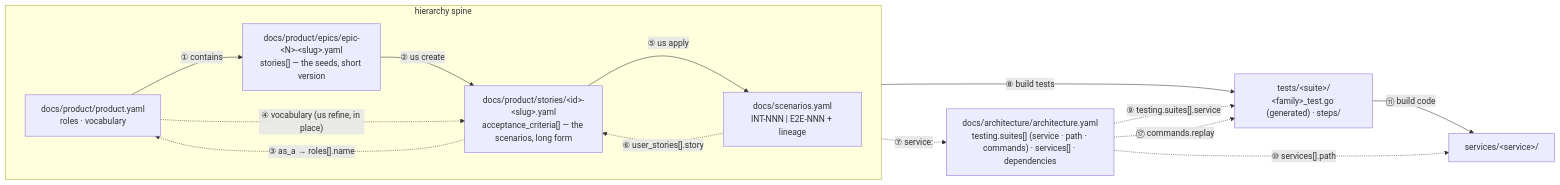
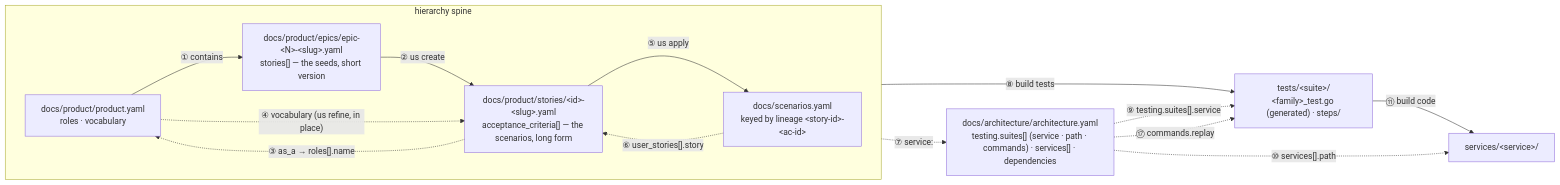
The diagram in docs/doc-universe.md (ondatra-ai/true-bdd), drawn with Mermaid before and after one commit. The commit also changed other lines of this file and 6 other files, not shown here.

First line of the commit message:
docs: the Registry schema and the docs describe a key that is its lineage

````diff
--- a/docs/doc-universe.md
+++ b/docs/doc-universe.md
@@ -87,28 +87,28 @@
 ```mermaid
 flowchart LR
   subgraph spine["hierarchy spine"]
     direction LR
     PRODUCT["docs/product/product.yaml<br/>roles · vocabulary"]
     EPIC["docs/product/epics/epic-&lt;N&gt;-&lt;slug&gt;.yaml<br/>stories[] — the seeds, short version"]
     STORY["docs/product/stories/&lt;id&gt;-&lt;slug&gt;.yaml<br/>acceptance_criteria[] — the scenarios, long form"]
-    REG["docs/scenarios.yaml<br/>INT-NNN | E2E-NNN + lineage"]
+    REG["docs/scenarios.yaml<br/>keyed by lineage &lt;story-id&gt;-&lt;ac-id&gt;"]
     PRODUCT -- "① contains" --> EPIC
     EPIC -- "② us create" --> STORY
     STORY -- "⑤ us apply" --> REG
   end
 
   STORY -. "③ as_a → roles[].name" .-> PRODUCT
   PRODUCT -. "④ vocabulary (us refine, in place)" .-> STORY
   REG -. "⑥ user_stories[].story" .-> STORY
 
   ARCH["docs/architecture/architecture.yaml<br/>testing.suites[] (service · path · commands) · services[] · dependencies"]
   TESTS["tests/&lt;suite&gt;/<br/>&lt;family&gt;_test.go (generated) · steps/"]
   SRC["services/&lt;service&gt;/"]
 
   REG -- "⑧ build tests" --> TESTS
   TESTS -- "⑪ build code" --> SRC
   REG -. "⑦ service:" .-> ARCH
   ARCH -. "⑨ testing.suites[].service" .-> TESTS
   ARCH -. "⑰ commands.replay" .-> TESTS
   ARCH -. "⑩ services[].path" .-> SRC
 ```
````
